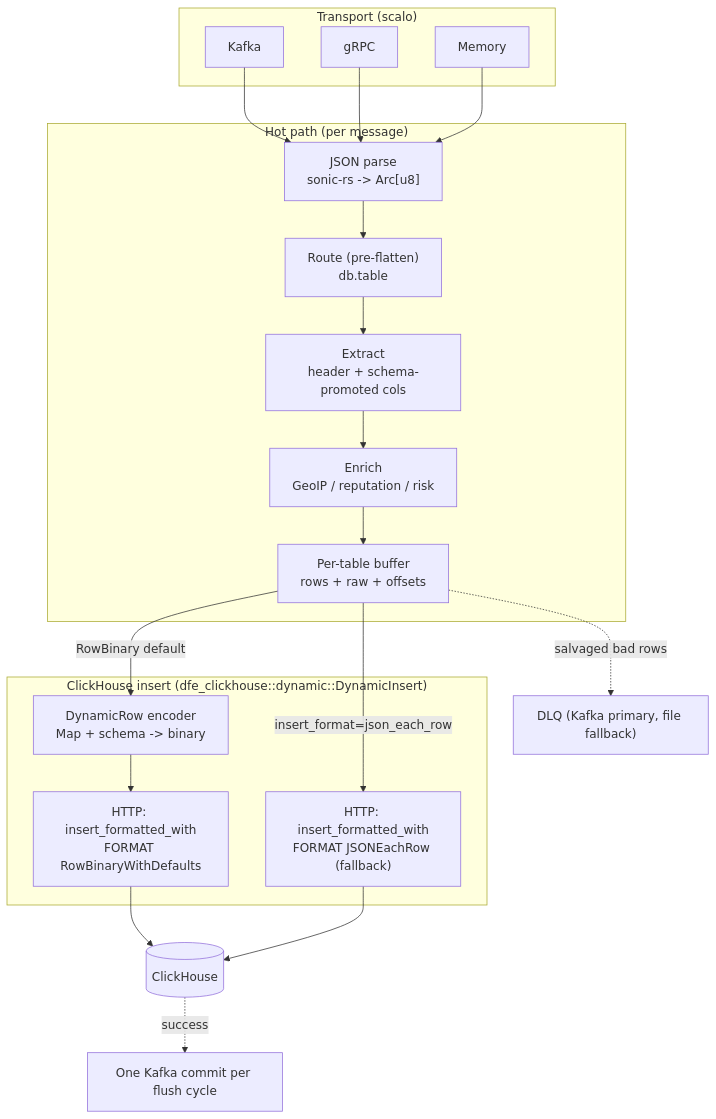
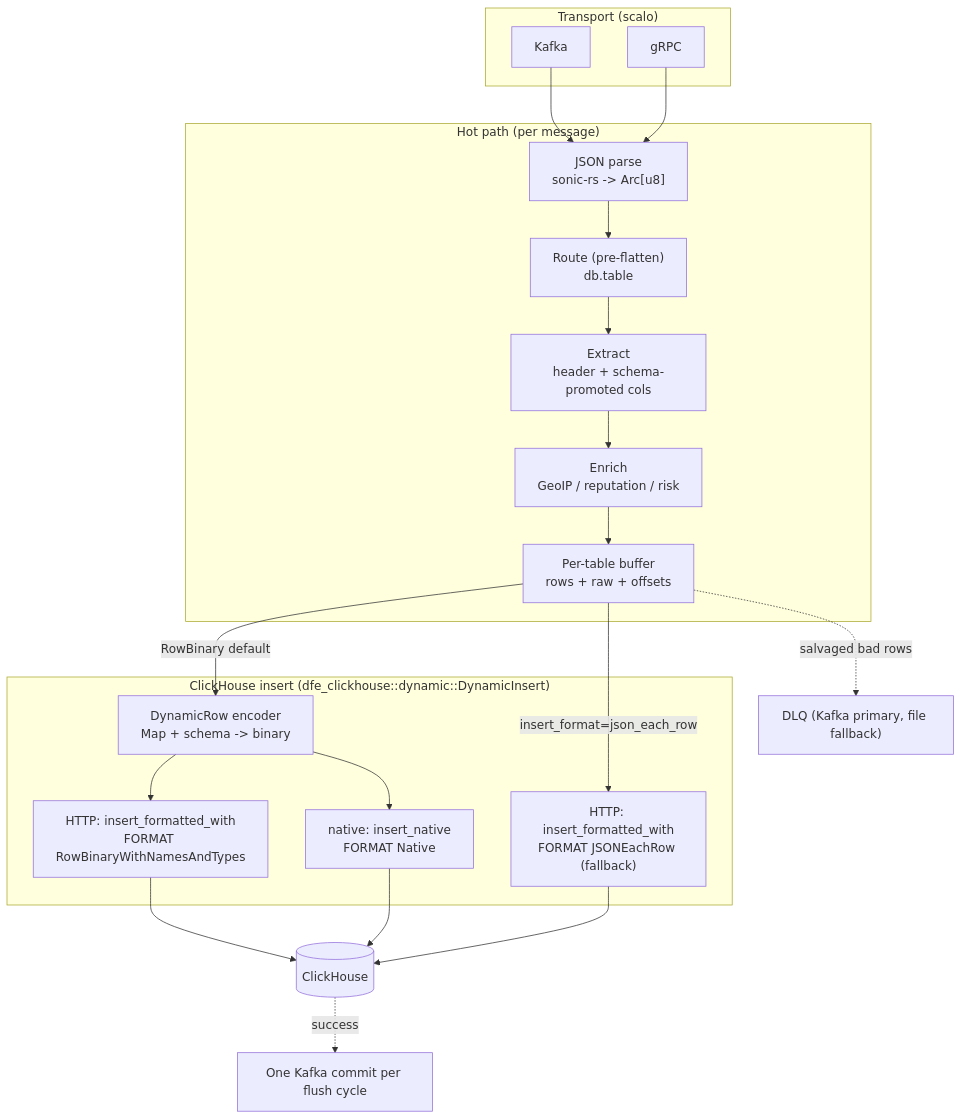
The diagram in docs/README.md (hyperi-io/dfe-loader), drawn with Mermaid before and after one commit. The commit also changed other lines of this file and 30 other files, not shown here.

````diff
--- a/docs/README.md
+++ b/docs/README.md
@@ -42,32 +39,33 @@
 ```mermaid
 flowchart TB
     subgraph Ingress["Transport (scalo)"]
         K["Kafka"]
         G["gRPC"]
-        M["Memory"]
     end
 
     subgraph Hot["Hot path (per message)"]
         P["JSON parse<br/>sonic-rs -> Arc[u8]"]
         R["Route (pre-flatten)<br/>db.table"]
         X["Extract<br/>header + schema-promoted cols"]
         E["Enrich<br/>GeoIP / reputation / risk"]
         B["Per-table buffer<br/>rows + raw + offsets"]
     end
 
     subgraph Sink["ClickHouse insert (dfe_clickhouse::dynamic::DynamicInsert)"]
         CE["DynamicRow encoder<br/>Map + schema -> binary"]
-        HTTP["HTTP: insert_formatted_with<br/>FORMAT RowBinaryWithDefaults"]
+        HTTP["HTTP: insert_formatted_with<br/>FORMAT RowBinaryWithNamesAndTypes"]
+        NAT["native: insert_native<br/>FORMAT Native"]
         JF["HTTP: insert_formatted_with<br/>FORMAT JSONEachRow (fallback)"]
     end
 
-    CH[("ClickHouse")]
+    CH[(ClickHouse)]
     DLQ["DLQ (Kafka primary, file fallback)"]
 
-    K & G & M --> P --> R --> X --> E --> B
+    K & G --> P --> R --> X --> E --> B
     B -->|RowBinary default| CE
     CE --> HTTP --> CH
+    CE --> NAT --> CH
     B -->|insert_format=json_each_row| JF --> CH
-    B -.salvaged bad rows.-> DLQ
-    CH -.success.-> Commit["One Kafka commit per flush cycle"]
+    B -.->|salvaged bad rows| DLQ
+    CH -.->|success| Commit["One Kafka commit per flush cycle"]
 ```
````
